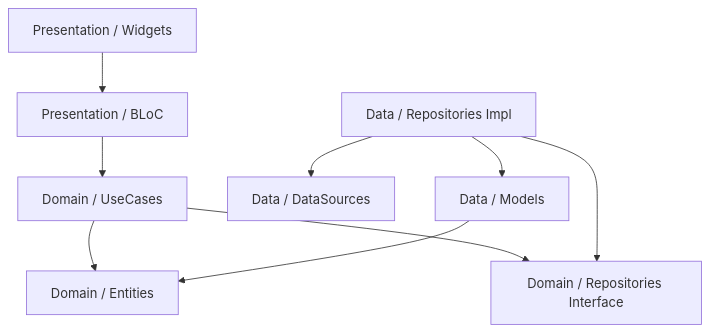
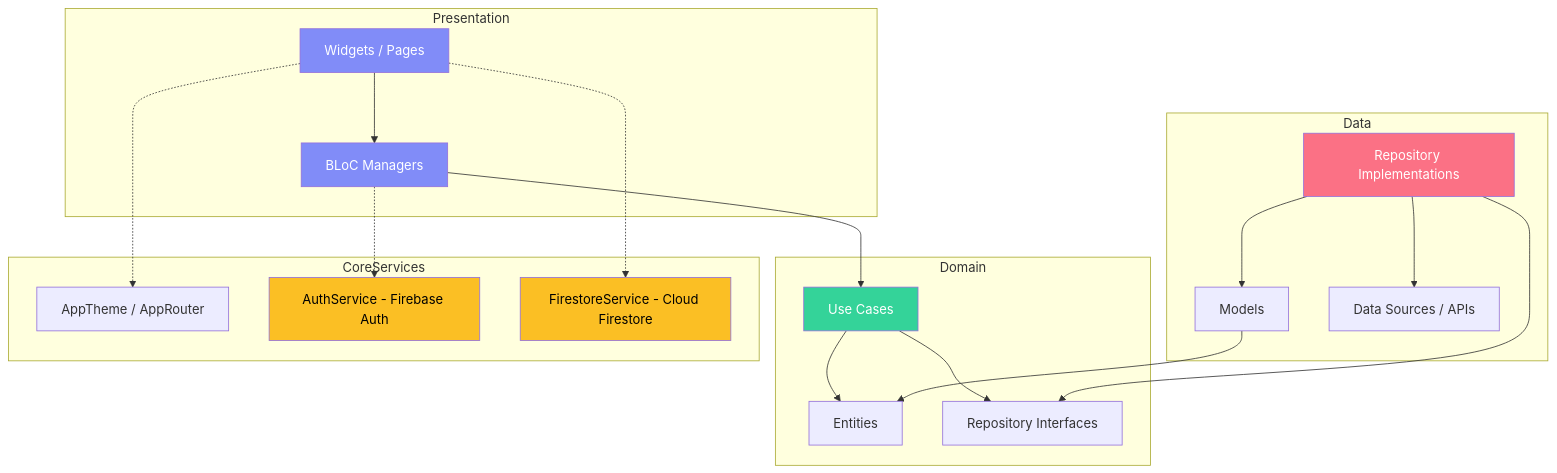
The diagram in README.md (Prashantj44/echo_news), drawn with Mermaid before and after one commit. The commit also changed other lines of this file and 36 other files, not shown here.

First line of the commit message:
feat: Overhaul architecture, premium UI, and integrate Firebase Auth + Firestore

````diff
--- a/README.md
+++ b/README.md
@@ -33,11 +59,32 @@
 ```mermaid
 graph TD
-    UI[Presentation / Widgets] --> Bloc[Presentation / BLoC]
-    Bloc --> UseCase[Domain / UseCases]
-    UseCase --> Entity[Domain / Entities]
-    UseCase --> ReposInt[Domain / Repositories Interface]
-    ReposImpl[Data / Repositories Impl] --> ReposInt
-    ReposImpl --> DataSource[Data / DataSources]
-    ReposImpl --> Model[Data / Models]
+  subgraph Presentation
+    UI[Widgets / Pages] --> Bloc[BLoC Managers]
+  end
+  
+  subgraph Domain
+    Bloc --> UseCase[Use Cases]
+    UseCase --> Entity[Entities]
+    UseCase --> ReposInt[Repository Interfaces]
+  end
+  
+  subgraph Data
+    ReposImpl[Repository Implementations] --> ReposInt
+    ReposImpl --> Model[Models]
+    ReposImpl --> DataSource[Data Sources / APIs]
     Model --> Entity
+  end
+  
+  subgraph CoreServices
+    UI -.-> Core[AppTheme / AppRouter]
+    Bloc -.-> AuthService[AuthService - Firebase Auth]
+    UI -.-> FirestoreService[FirestoreService - Cloud Firestore]
+  end
+  
+  style UI fill:#818cf8,color:#fff
+  style Bloc fill:#818cf8,color:#fff
+  style UseCase fill:#34d399,color:#fff
+  style ReposImpl fill:#fb7185,color:#fff
+  style AuthService fill:#fbbf24,color:#000
+  style FirestoreService fill:#fbbf24,color:#000
 ```
````
